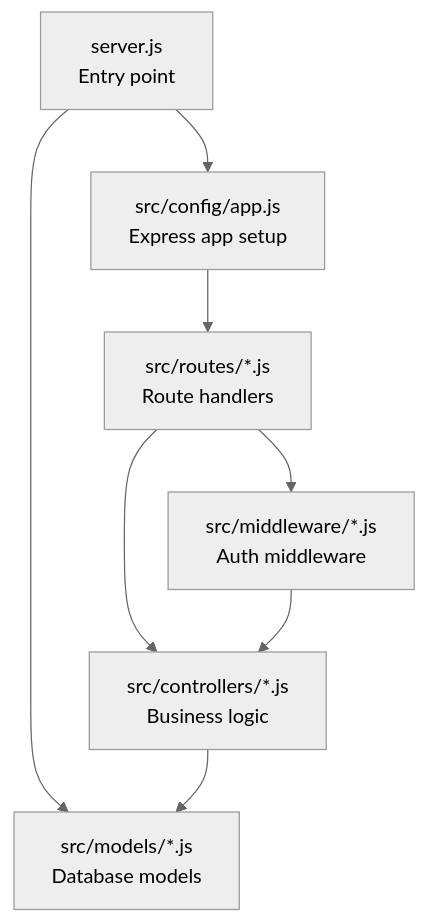
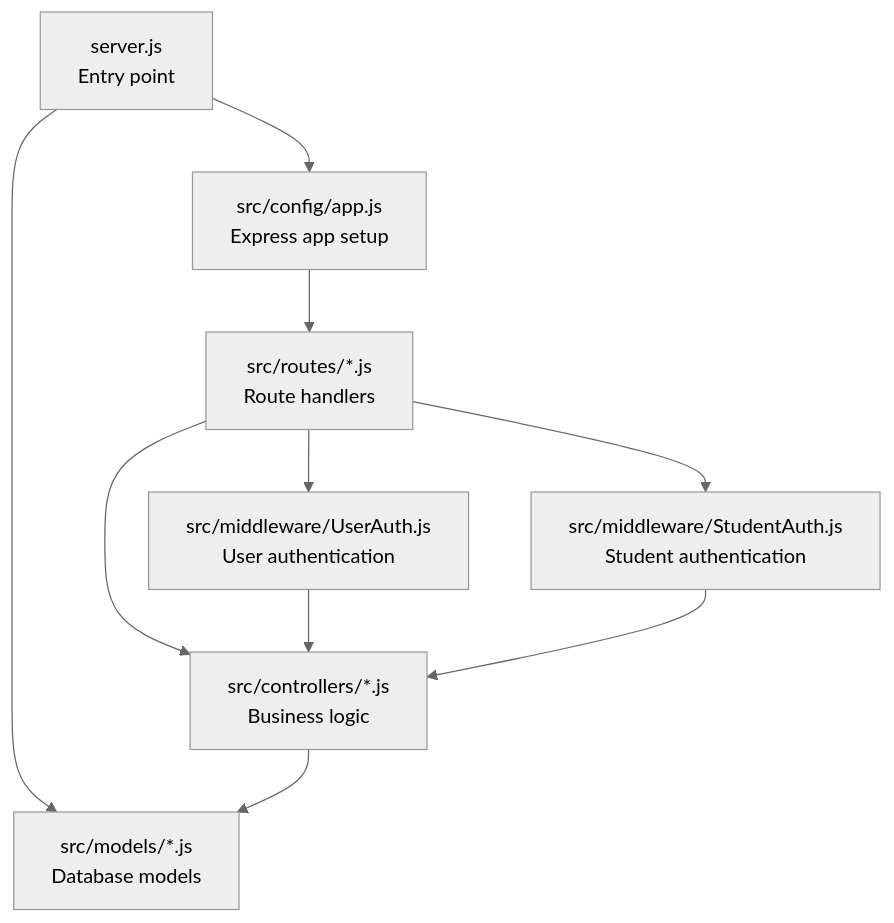
The first of 3 diagrams in .qoder/repowiki/en/content/Authentication & Authorization/JWT Authentication Implementation.md (Mreng78/khirocom_project), drawn with Mermaid (neutral theme) before and after one commit. The commit also changed other lines of this file and 17 other files, not shown here.

````diff
--- a/.qoder/repowiki/en/content/Authentication & Authorization/JWT Authentication Implementation.md
+++ b/.qoder/repowiki/en/content/Authentication & Authorization/JWT Authentication Implementation.md
@@ -30,10 +48,12 @@
 ```mermaid
 graph TB
 Server["server.js<br/>Entry point"] --> ConfigApp["src/config/app.js<br/>Express app setup"]
 Server --> Models["src/models/*.js<br/>Database models"]
 ConfigApp --> Routes["src/routes/*.js<br/>Route handlers"]
-Routes --> Middleware["src/middleware/*.js<br/>Auth middleware"]
+Routes --> UserMiddleware["src/middleware/UserAuth.js<br/>User authentication"]
+Routes --> StudentMiddleware["src/middleware/StudentAuth.js<br/>Student authentication"]
 Routes --> Controllers["src/controllers/*.js<br/>Business logic"]
 Controllers --> Models
-Middleware --> Controllers
+UserMiddleware --> Controllers
+StudentMiddleware --> Controllers
 ```
````
